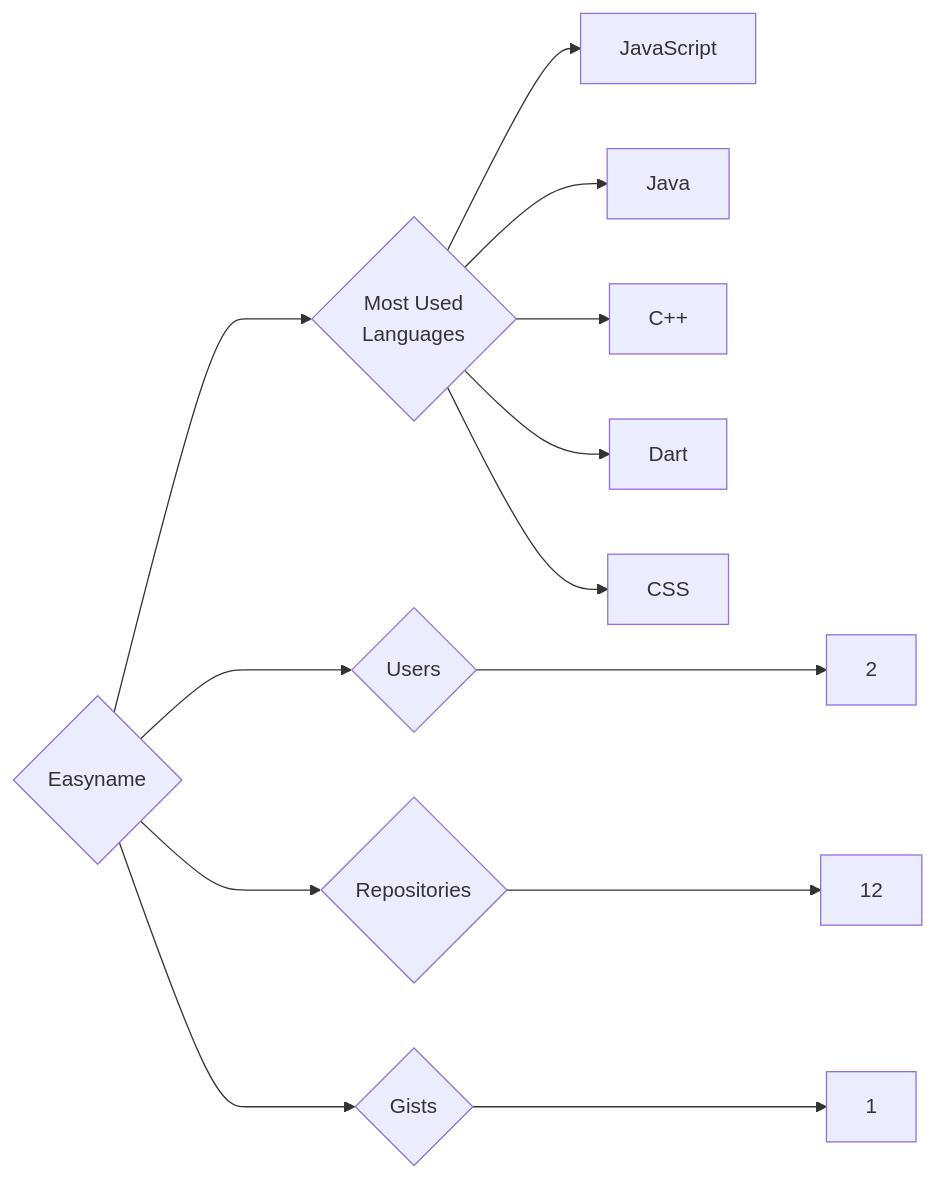
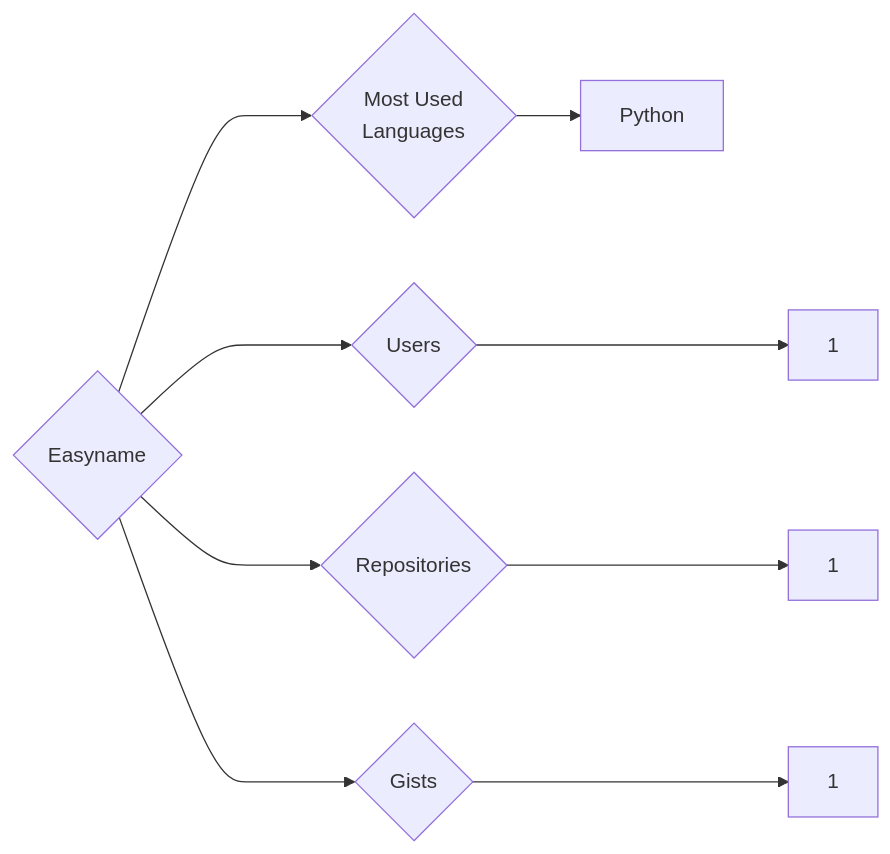
The diagram in targets/Easyname/README.md (trickest/insiders), drawn with Mermaid before and after one commit. The commit also changed 611 other files, not shown here.

````diff
--- a/targets/Easyname/README.md
+++ b/targets/Easyname/README.md
@@ -3,13 +3,9 @@
 ```mermaid
 graph LR
 COMPANY_NAME{Easyname}
-COMPANY_NAME ---> U{Users} ---> UN[2]
-COMPANY_NAME ---> R{Repositories} ---> RN[12]
+COMPANY_NAME ---> U{Users} ---> UN[1]
+COMPANY_NAME ---> R{Repositories} ---> RN[1]
 COMPANY_NAME ---> G{Gists} ---> GN[1]
 COMPANY_NAME ---> ML{Most Used<br>Languages}
-ML --> JavaScript[JavaScript]
-ML --> Java[Java]
-ML --> C++[C++]
-ML --> Dart[Dart]
-ML --> CSS[CSS]
+ML --> Python[Python]
 ```
````
